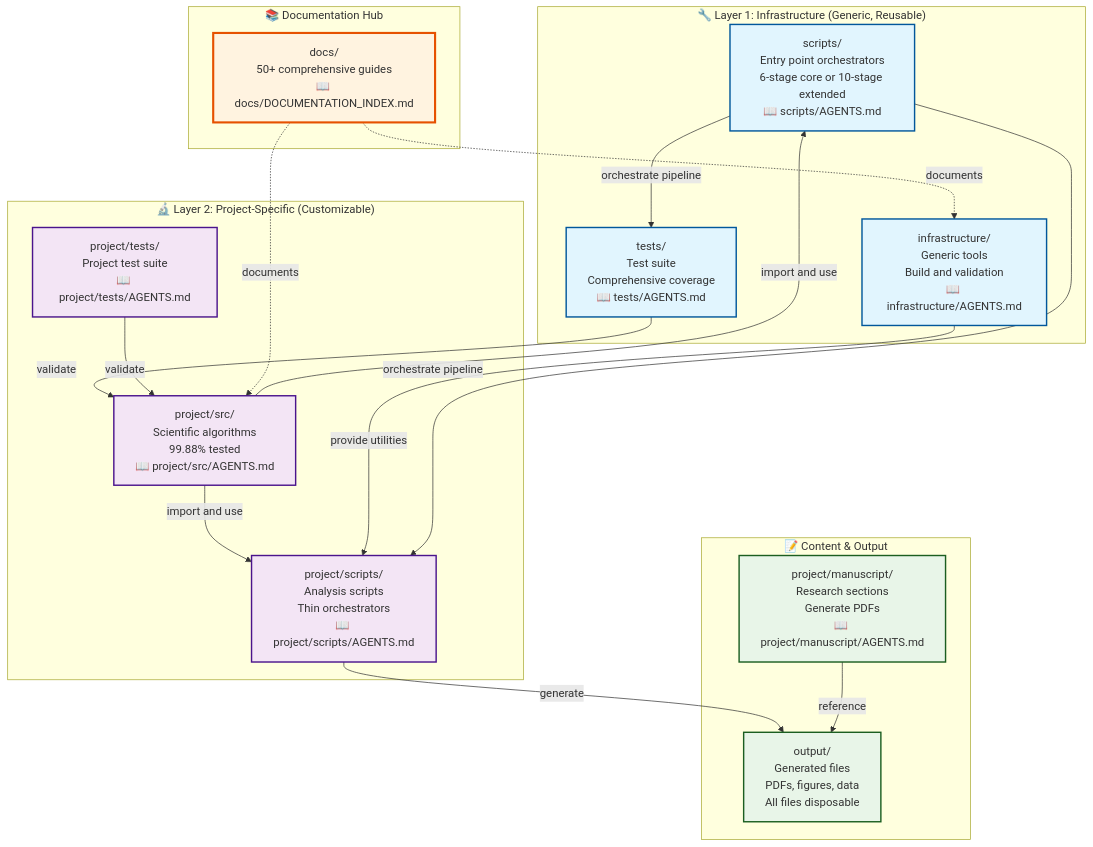
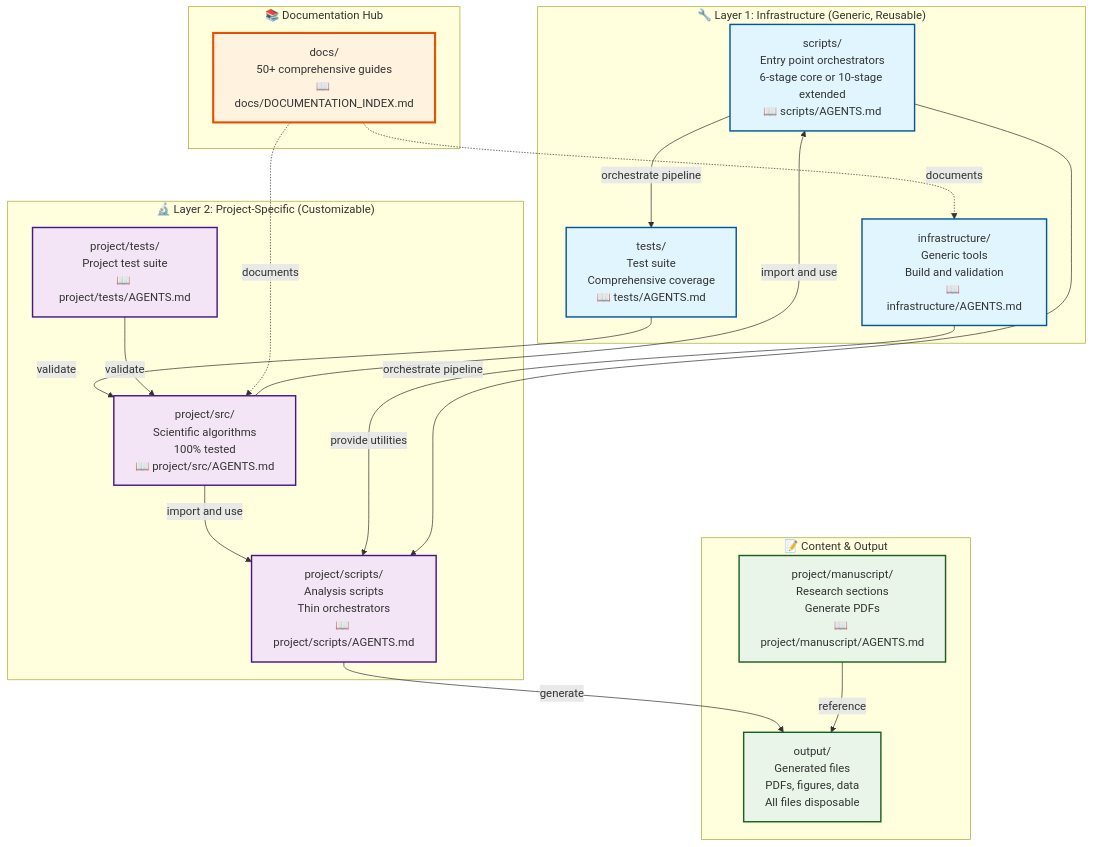
One commit to docxology/template changed the fifth of 9 diagrams in README.md. Above: the diagram before and after it, drawn with Mermaid. The commit also changed other lines of this file and 266 other files, not shown here.

````diff
--- a/README.md
+++ b/README.md
@@ -357,45 +357,45 @@
 ```mermaid
 graph TB
     subgraph L1["🔧 Layer 1: Infrastructure (Generic, Reusable)"]
         INFRA[infrastructure/<br/>Generic tools<br/>Build and validation<br/>📖 infrastructure/AGENTS.md]
         INFRA_SCRIPTS[scripts/<br/>Entry point orchestrators<br/>6-stage core or 10-stage extended<br/>📖 scripts/AGENTS.md]
         TESTS[tests/<br/>Test suite<br/>Comprehensive coverage<br/>📖 tests/AGENTS.md]
     end
     
     subgraph L2["🔬 Layer 2: Project-Specific (Customizable)"]
-        SRC[project/src/<br/>Scientific algorithms<br/>99.88% tested<br/>📖 project/src/AGENTS.md]
+        SRC[project/src/<br/>Scientific algorithms<br/>100% tested<br/>📖 project/src/AGENTS.md]
         SCRIPTS[project/scripts/<br/>Analysis scripts<br/>Thin orchestrators<br/>📖 project/scripts/AGENTS.md]
         PROJECT_TESTS[project/tests/<br/>Project test suite<br/>📖 project/tests/AGENTS.md]
     end
     
     subgraph DOCS["📚 Documentation Hub"]
         DOCS_DIR[docs/<br/>50+ comprehensive guides<br/>📖 docs/DOCUMENTATION_INDEX.md]
     end
     
     subgraph CONTENT["📝 Content & Output"]
         MANUSCRIPT[project/manuscript/<br/>Research sections<br/>Generate PDFs<br/>📖 project/manuscript/AGENTS.md]
         OUTPUT[output/<br/>Generated files<br/>PDFs, figures, data<br/>All files disposable]
     end
     
     SRC -->|import and use| SCRIPTS
     SRC -->|import and use| INFRA_SCRIPTS
     INFRA -->|provide utilities| SCRIPTS
     SCRIPTS -->|generate| OUTPUT
     INFRA_SCRIPTS -->|orchestrate pipeline| TESTS
     INFRA_SCRIPTS -->|orchestrate pipeline| SCRIPTS
     MANUSCRIPT -->|reference| OUTPUT
     TESTS -->|validate| SRC
     PROJECT_TESTS -->|validate| SRC
     DOCS_DIR -.->|documents| INFRA
     DOCS_DIR -.->|documents| SRC
     
     classDef layer1 fill:#e1f5fe,stroke:#01579b,stroke-width:2px
     classDef layer2 fill:#f3e5f5,stroke:#4a148c,stroke-width:2px
     classDef docs fill:#fff3e0,stroke:#e65100,stroke-width:3px
     classDef content fill:#e8f5e8,stroke:#1b5e20,stroke-width:2px
     
     class INFRA,INFRA_SCRIPTS,TESTS layer1
     class SRC,SCRIPTS,PROJECT_TESTS layer2
     class DOCS_DIR docs
     class MANUSCRIPT,OUTPUT content
 ```
````
